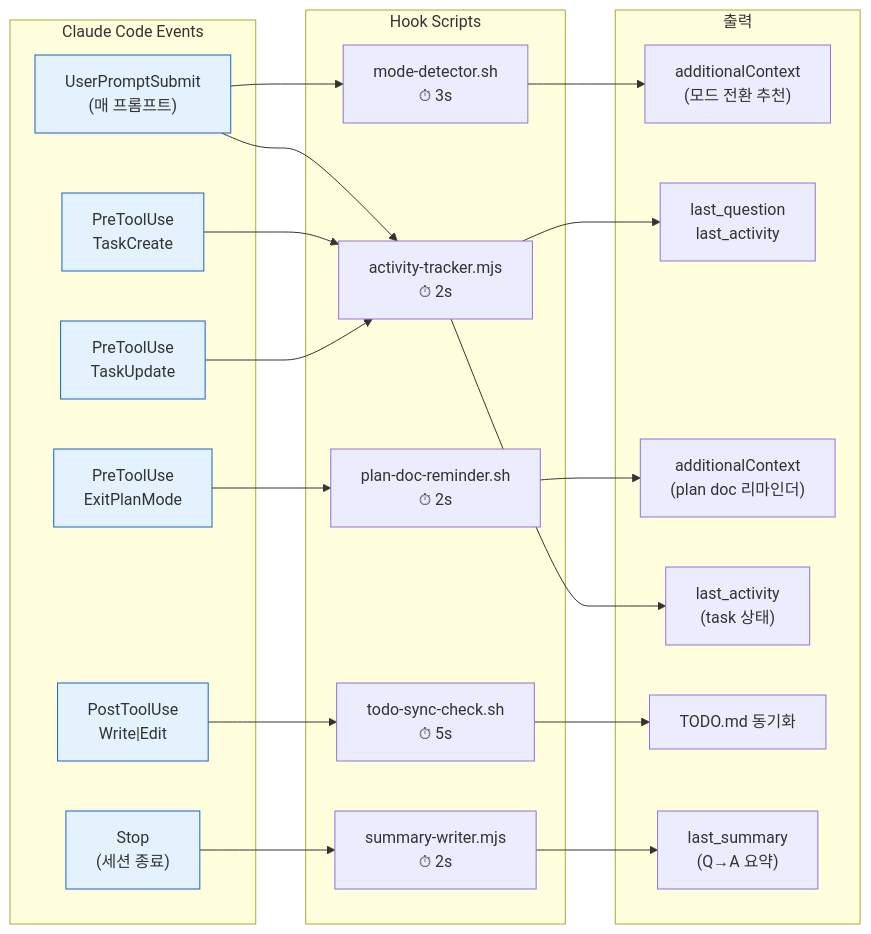
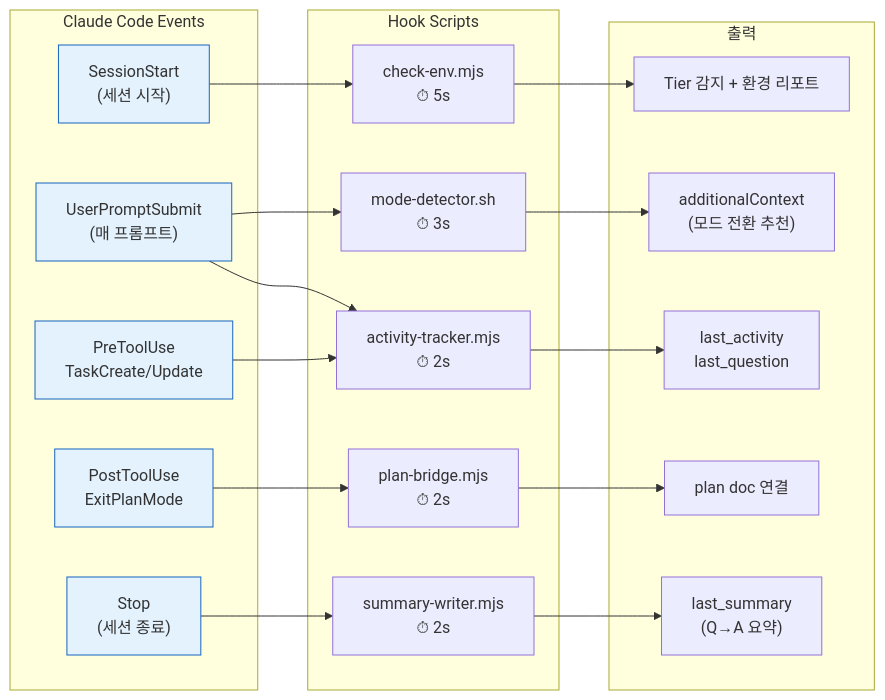
Before and after one commit to skdkfk8758/claude-code-harness: the fifth of 12 diagrams in docs/diagrams/cch-workflows.md, drawn with Mermaid. The commit also changed other lines of this file and 34 other files, not shown here.

````diff
--- a/docs/diagrams/cch-workflows.md
+++ b/docs/diagrams/cch-workflows.md
@@ -280,43 +210,39 @@
 ```mermaid
 flowchart LR
     subgraph Events["Claude Code Events"]
+        E0["SessionStart<br/>(세션 시작)"]
         E1["UserPromptSubmit<br/>(매 프롬프트)"]
-        E2["PreToolUse<br/>ExitPlanMode"]
-        E3["PreToolUse<br/>TaskCreate"]
-        E4["PreToolUse<br/>TaskUpdate"]
-        E5["PostToolUse<br/>Write|Edit"]
-        E6["Stop<br/>(세션 종료)"]
+        E2["PreToolUse<br/>TaskCreate/Update"]
+        E3["PostToolUse<br/>ExitPlanMode"]
+        E4["Stop<br/>(세션 종료)"]
     end
 
     subgraph Scripts["Hook Scripts"]
+        S0["check-env.mjs<br/>⏱ 5s"]
         S1["mode-detector.sh<br/>⏱ 3s"]
         S2["activity-tracker.mjs<br/>⏱ 2s"]
-        S3["plan-doc-reminder.sh<br/>⏱ 2s"]
-        S4["todo-sync-check.sh<br/>⏱ 5s"]
-        S5["summary-writer.mjs<br/>⏱ 2s"]
+        S3["plan-bridge.mjs<br/>⏱ 2s"]
+        S4["summary-writer.mjs<br/>⏱ 2s"]
     end
 
     subgraph Outputs["출력"]
+        O0["Tier 감지 + 환경 리포트"]
         O1["additionalContext<br/>(모드 전환 추천)"]
-        O2["last_question<br/>last_activity"]
-        O3["additionalContext<br/>(plan doc 리마인더)"]
-        O4["last_activity<br/>(task 상태)"]
-        O5["TODO.md 동기화"]
-        O6["last_summary<br/>(Q→A 요약)"]
+        O2["last_activity<br/>last_question"]
+        O3["plan doc 연결"]
+        O4["last_summary<br/>(Q→A 요약)"]
     end
 
+    E0 --> S0 --> O0
     E1 --> S1 --> O1
     E1 --> S2 --> O2
-    E2 --> S3 --> O3
-    E3 --> S2
-    E4 --> S2 --> O4
-    E5 --> S4 --> O5
-    E6 --> S5 --> O6
+    E2 --> S2
+    E3 --> S3 --> O3
+    E4 --> S4 --> O4
 
+    style E0 fill:#E3F2FD,stroke:#1565C0
     style E1 fill:#E3F2FD,stroke:#1565C0
     style E2 fill:#E3F2FD,stroke:#1565C0
     style E3 fill:#E3F2FD,stroke:#1565C0
     style E4 fill:#E3F2FD,stroke:#1565C0
-    style E5 fill:#E3F2FD,stroke:#1565C0
-    style E6 fill:#E3F2FD,stroke:#1565C0
 ```
````
